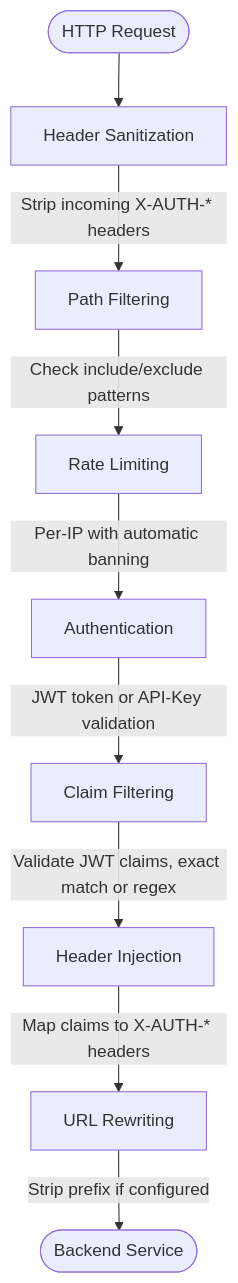
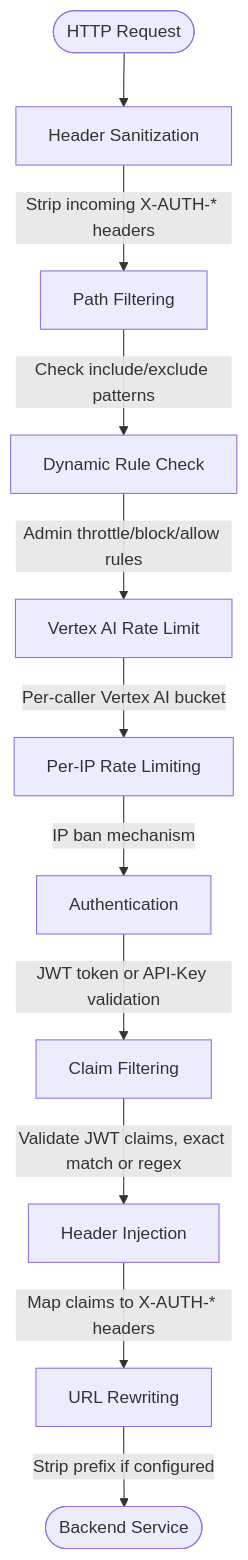
Before and after one commit to fp8/lite-auth-proxy: the diagram in README.md, drawn with Mermaid. The commit also changed other lines of this file and 24 other files, not shown here.

````diff
--- a/README.md
+++ b/README.md
@@ -250,11 +303,13 @@
 ```mermaid
 flowchart TD
     Start([HTTP Request]) --> Step1
     Step1[Header Sanitization] --> |Strip incoming X-AUTH-* headers|Step2[Path Filtering]
-    Step2 --> |Check include/exclude patterns|Step3[Rate Limiting]
-    Step3 --> |Per-IP with automatic banning|Step4[Authentication]
-    Step4 --> |JWT token or API-Key validation|Step5[Claim Filtering]
-    Step5 --> |Validate JWT claims, exact match or regex|Step6[Header Injection]
-    Step6 --> |Map claims to X-AUTH-* headers|Step7[URL Rewriting]
-    Step7 --> |Strip prefix if configured|Backend([Backend Service])
+    Step2 --> |Check include/exclude patterns|Step3[Dynamic Rule Check]
+    Step3 --> |Admin throttle/block/allow rules|Step4[Vertex AI Rate Limit]
+    Step4 --> |Per-caller Vertex AI bucket|Step5[Per-IP Rate Limiting]
+    Step5 --> |IP ban mechanism|Step6[Authentication]
+    Step6 --> |JWT token or API-Key validation|Step7[Claim Filtering]
+    Step7 --> |Validate JWT claims, exact match or regex|Step8[Header Injection]
+    Step8 --> |Map claims to X-AUTH-* headers|Step9[URL Rewriting]
+    Step9 --> |Strip prefix if configured|Backend([Backend Service])
 ```
````
